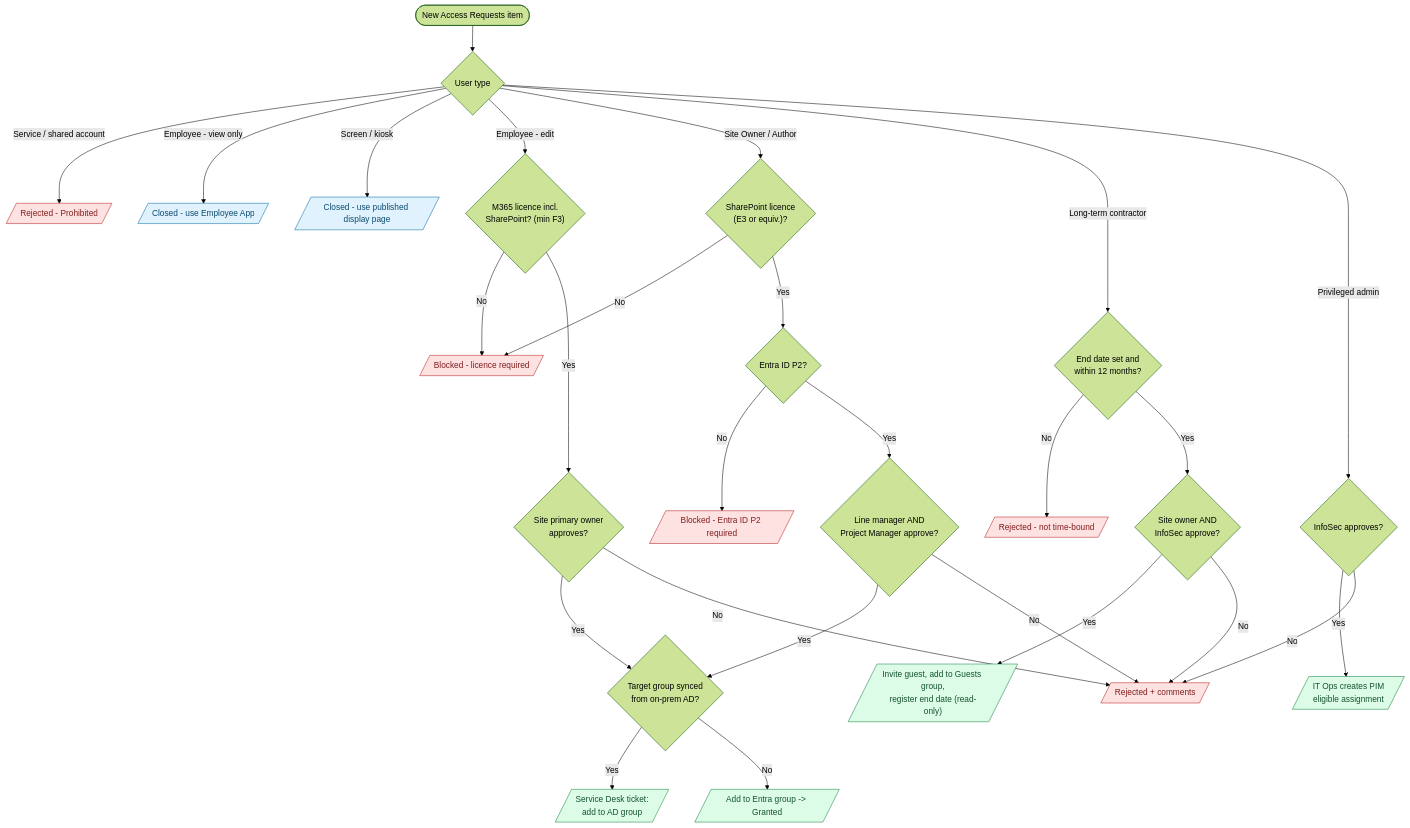
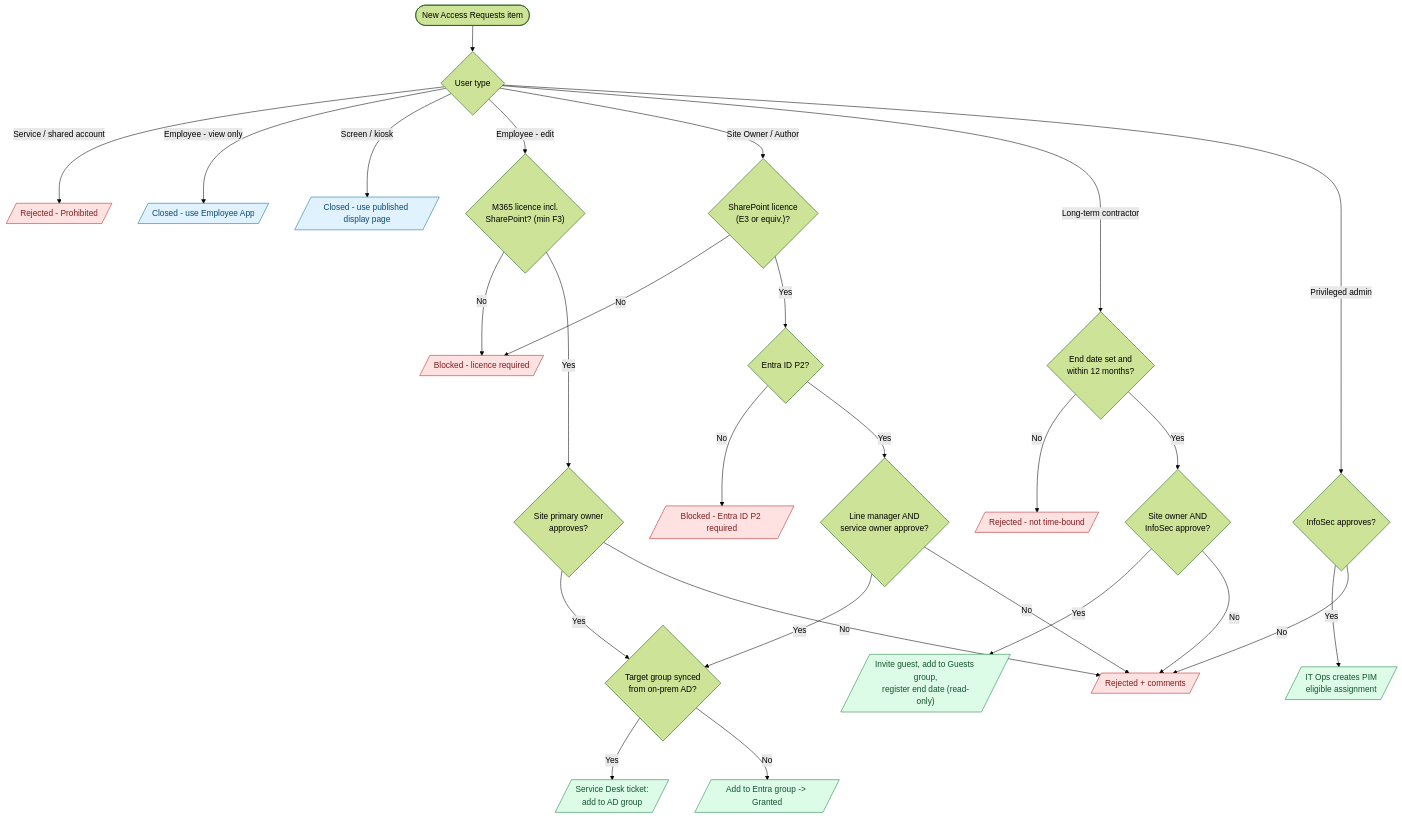
Before and after one commit to flinty-isd/Projects-hub: the second of 7 diagrams in solutions/SharePointGovernance/diagrams/governance-flows.md, drawn with Mermaid (forest theme). The commit also changed other lines of this file and 12 other files, not shown here.

First line of the commit message:
Adapt SharePoint governance flows for BAU

````diff
--- a/solutions/SharePointGovernance/diagrams/governance-flows.md
+++ b/solutions/SharePointGovernance/diagrams/governance-flows.md
@@ -34,28 +28,28 @@
 ```mermaid
 flowchart TD
   A([New Access Requests item]) --> T{User type}
   T -->|Service / shared account| X1[/"Rejected - Prohibited"/]:::bad
   T -->|Employee - view only| V[/"Closed - use Employee App"/]:::info
   T -->|Screen / kiosk| K[/"Closed - use published display page"/]:::info
   T -->|Employee - edit| L1{"M365 licence incl.<br/>SharePoint? (min F3)"}
   L1 -->|No| B1[/"Blocked - licence required"/]:::bad
   L1 -->|Yes| AP1{"Site primary owner<br/>approves?"}
   T -->|Site Owner / Author| L2{"SharePoint licence<br/>(E3 or equiv.)?"}
   L2 -->|No| B1
   L2 -->|Yes| P2{"Entra ID P2?"}
   P2 -->|No| B2[/"Blocked - Entra ID P2 required"/]:::bad
-  P2 -->|Yes| AP2{"Line manager AND<br/>Project Manager approve?"}
+  P2 -->|Yes| AP2{"Line manager AND<br/>service owner approve?"}
   T -->|Long-term contractor| TB{"End date set and<br/>within 12 months?"}
   TB -->|No| X2[/"Rejected - not time-bound"/]:::bad
   TB -->|Yes| AP3{"Site owner AND<br/>InfoSec approve?"}
   AP3 -->|Yes| G[/"Invite guest, add to Guests group,<br/>register end date (read-only)"/]:::good
   T -->|Privileged admin| AP4{"InfoSec approves?"}
   AP4 -->|Yes| PIM[/"IT Ops creates PIM<br/>eligible assignment"/]:::good
   AP1 & AP2 -->|Yes| SG{"Target group synced<br/>from on-prem AD?"}
   SG -->|Yes| SD[/"Service Desk ticket:<br/>add to AD group"/]:::good
   SG -->|No| GR[/"Add to Entra group -> Granted"/]:::good
   AP1 & AP2 & AP3 & AP4 -->|No| R[/"Rejected + comments"/]:::bad
   classDef good fill:#dcfce7,stroke:#15803d,color:#14532d
   classDef bad fill:#fee2e2,stroke:#b91c1c,color:#7f1d1d
   classDef info fill:#e0f2fe,stroke:#0369a1,color:#0c4a6e
 ```
````
